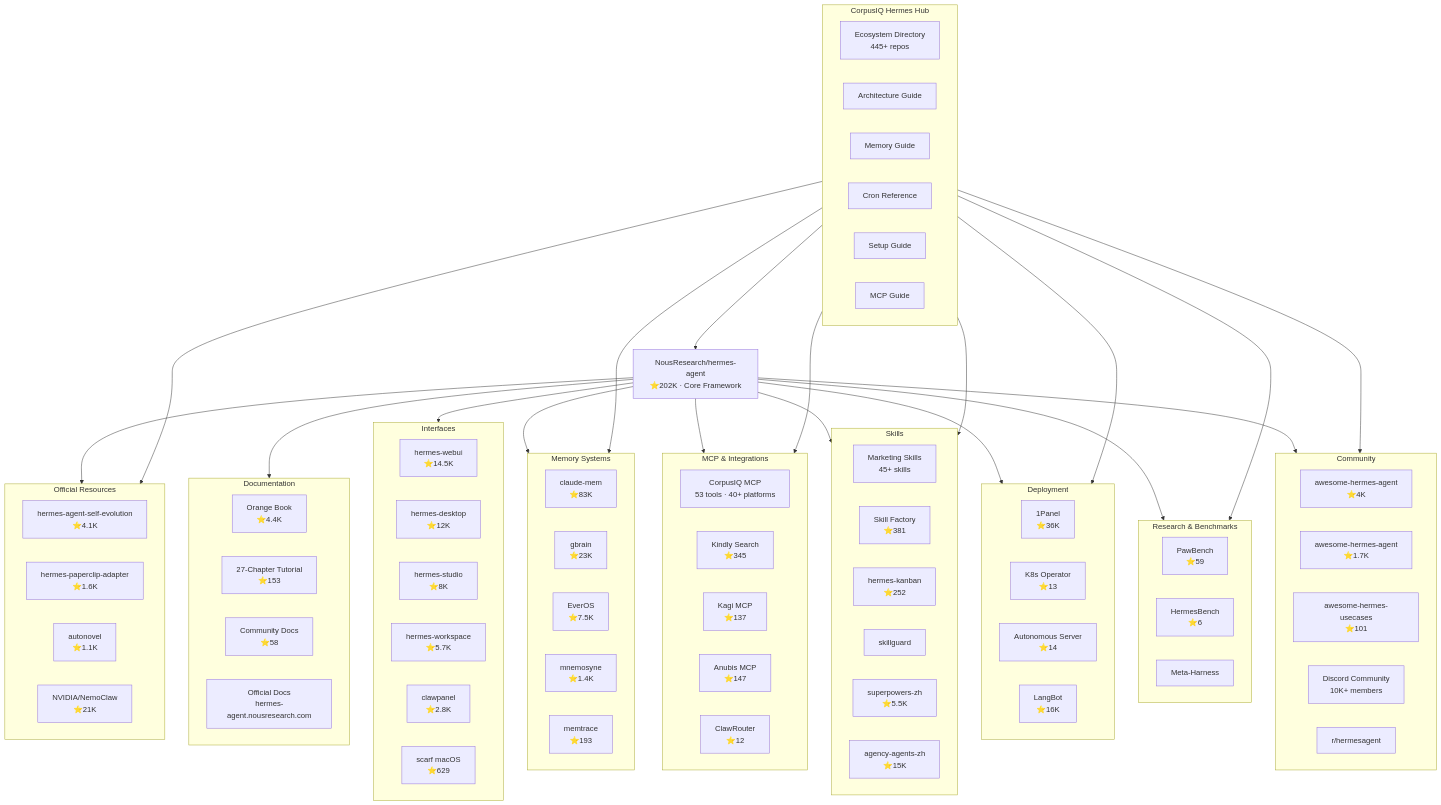
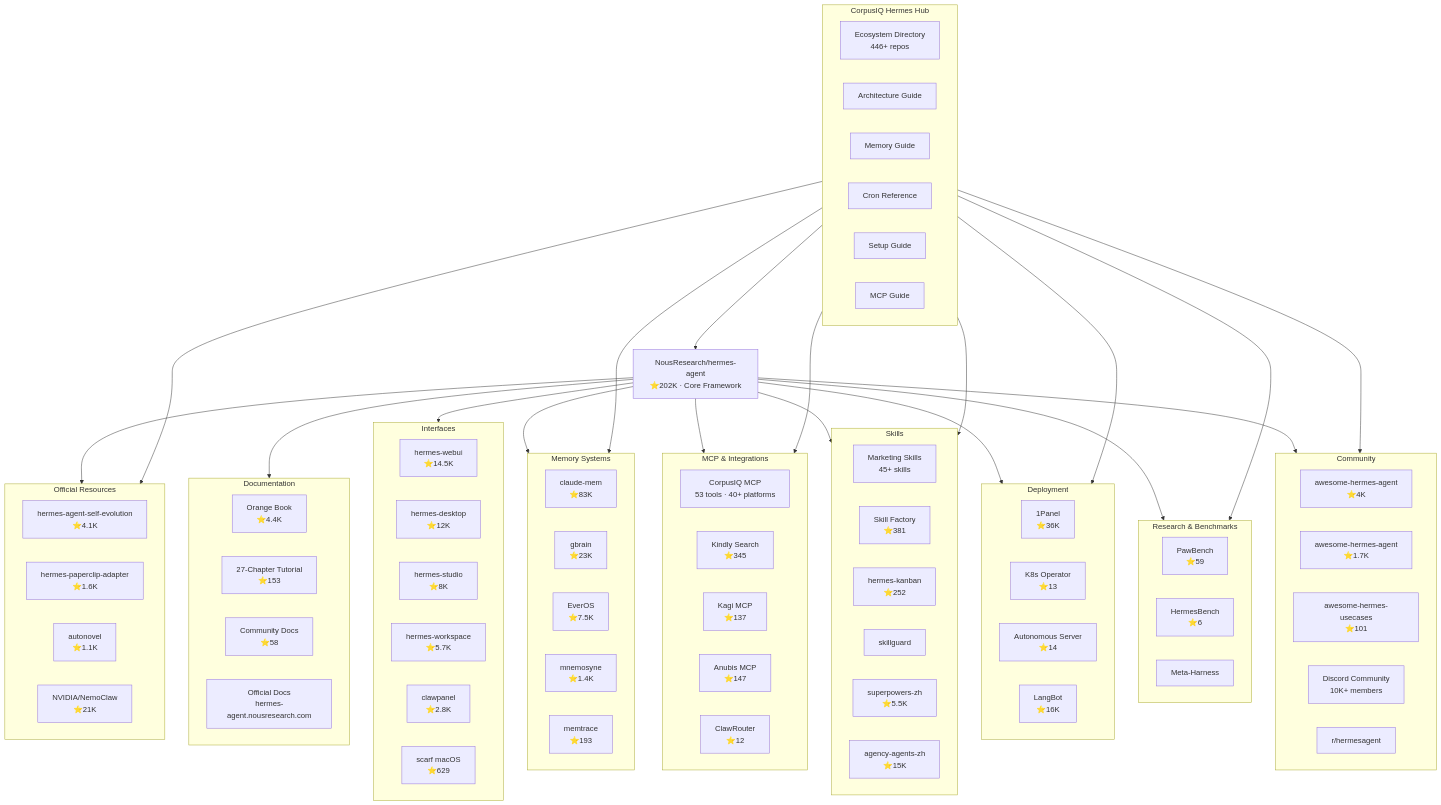
One commit to CorpusIQ/corpusiq-docs changed the first of 4 diagrams in hermes/ecosystem-map.md. Above: the diagram before and after it, drawn with Mermaid. The commit also changed other lines of this file and 42 other files, not shown here.

Commit message:
ecosystem: nightly discovery update - 7 new repos, 1 auto-approved (rusty4444/hermes-android), 6 to review; census 445 -> 446

```diff
--- a/hermes/ecosystem-map.md
+++ b/hermes/ecosystem-map.md
@@ -88,7 +88,7 @@
     end
 
     subgraph CORPUSIQ_HUB[CorpusIQ Hermes Hub]
-        ECOSYSTEM[Ecosystem Directory<br/>445+ repos]
+        ECOSYSTEM[Ecosystem Directory<br/>446+ repos]
         ARCHITECTURE[Architecture Guide]
         KNOWLEDGE[Memory Guide]
         CRONS[Cron Reference]
```
